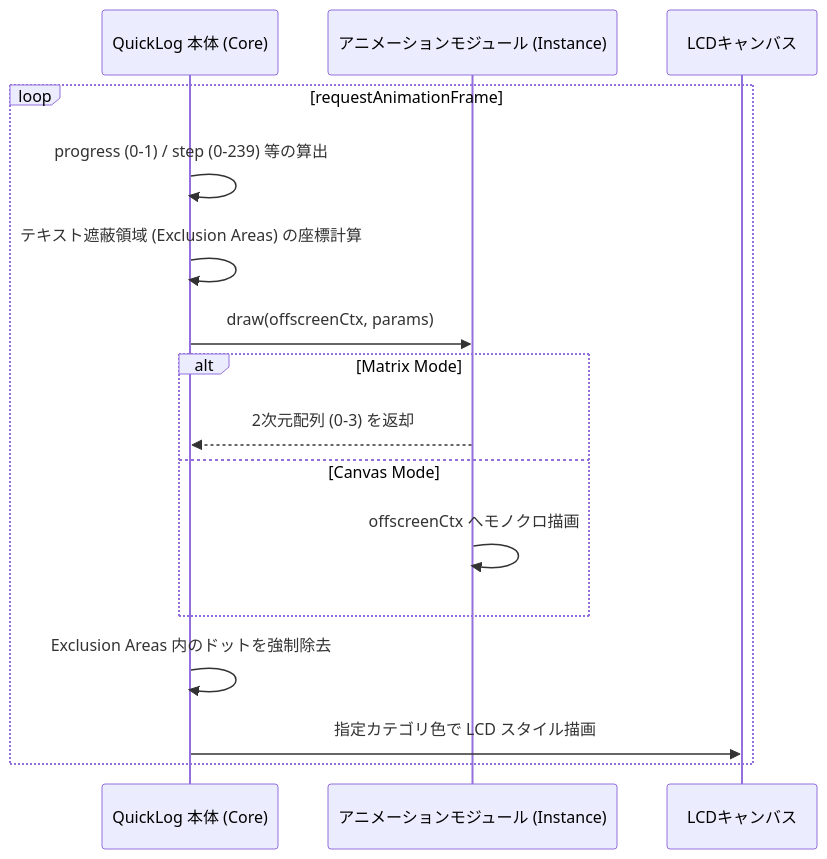
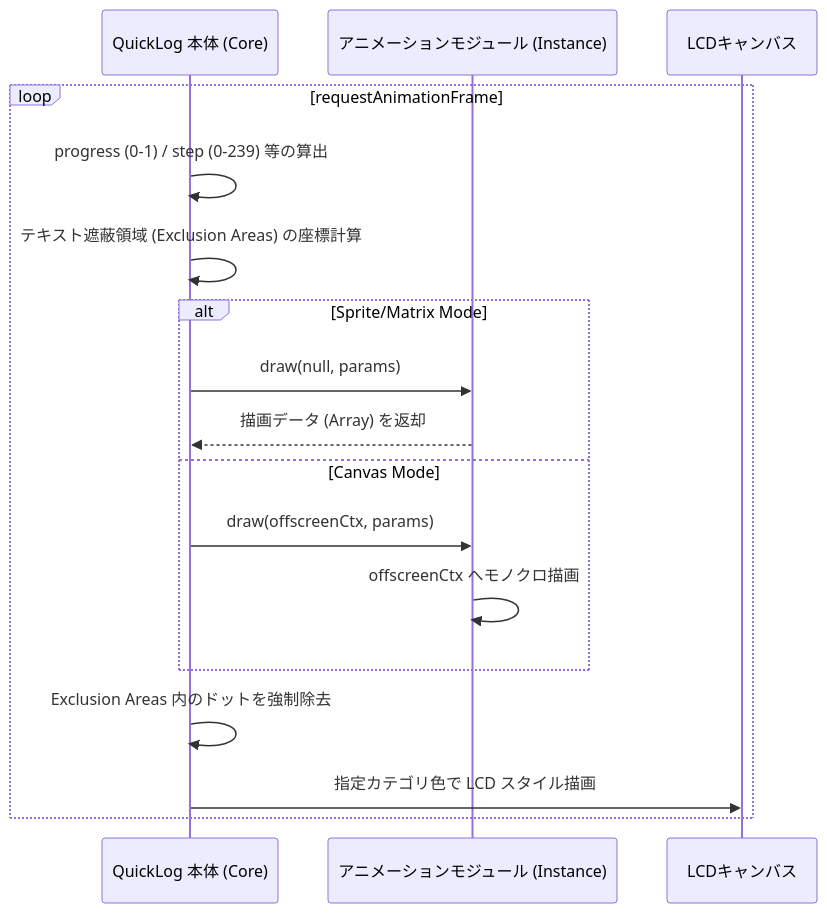
The third of 5 diagrams in docs/animation_module_spec.md (masanori-satake/QuickLog-Solo), drawn with Mermaid before and after one commit. The commit also changed other lines of this file and 22 other files, not shown here.

````diff
--- a/docs/animation_module_spec.md
+++ b/docs/animation_module_spec.md
@@ -48,19 +48,20 @@
 ```mermaid
 sequenceDiagram
     participant C_Loop as QuickLog 本体 (Core)
     participant M_Loop as アニメーションモジュール (Instance)
     participant D_Loop as LCDキャンバス
 
     loop requestAnimationFrame
         C_Loop->>C_Loop: progress (0-1) / step (0-239) 等の算出
         C_Loop->>C_Loop: テキスト遮蔽領域 (Exclusion Areas) の座標計算
-        C_Loop->>M_Loop: draw(offscreenCtx, params)
-        alt Matrix Mode
-            M_Loop-->>C_Loop: 2次元配列 (0-3) を返却
+        alt Sprite/Matrix Mode
+            C_Loop->>M_Loop: draw(null, params)
+            M_Loop-->>C_Loop: 描画データ (Array) を返却
         else Canvas Mode
+            C_Loop->>M_Loop: draw(offscreenCtx, params)
             M_Loop->>M_Loop: offscreenCtx へモノクロ描画
         end
         C_Loop->>C_Loop: Exclusion Areas 内のドットを強制除去
         C_Loop->>D_Loop: 指定カテゴリ色で LCD スタイル描画
     end
 ```
````
